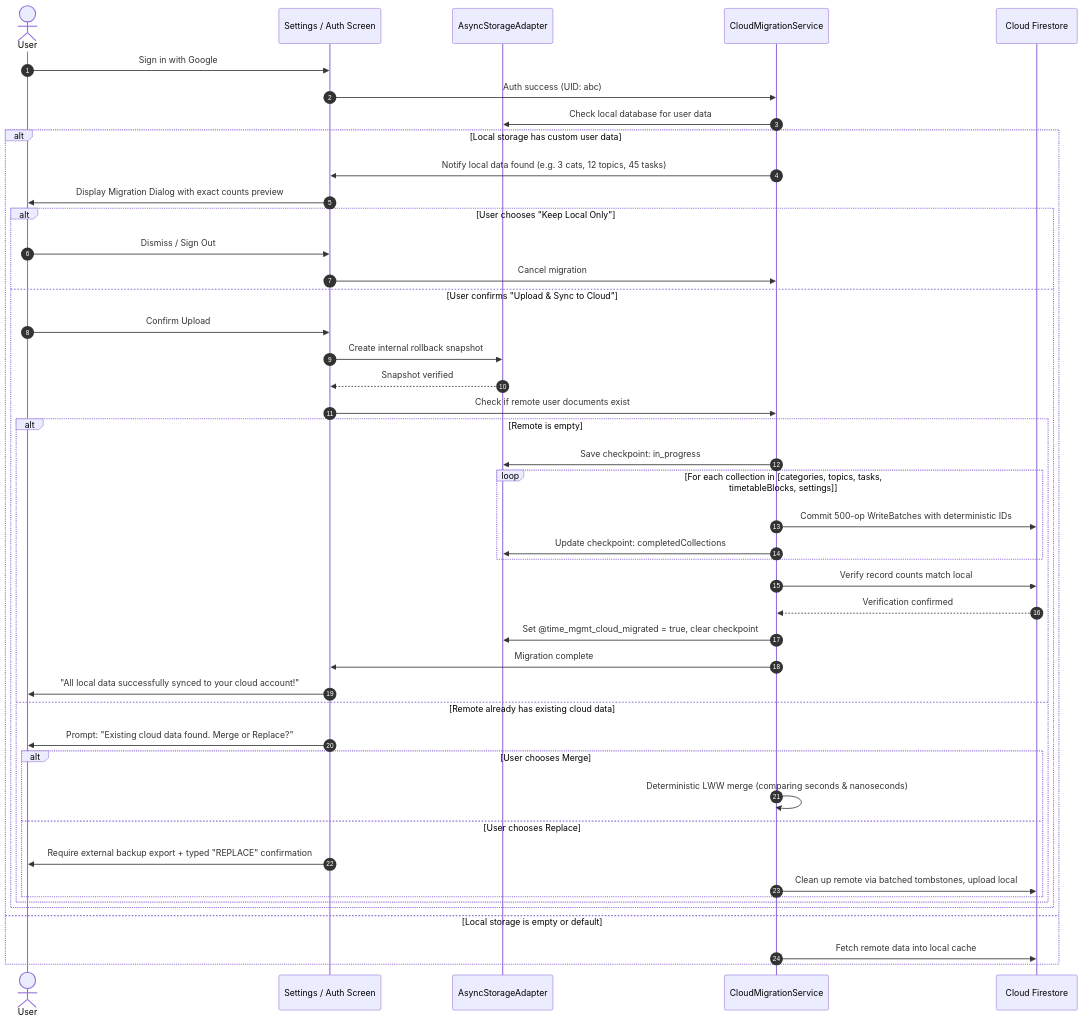
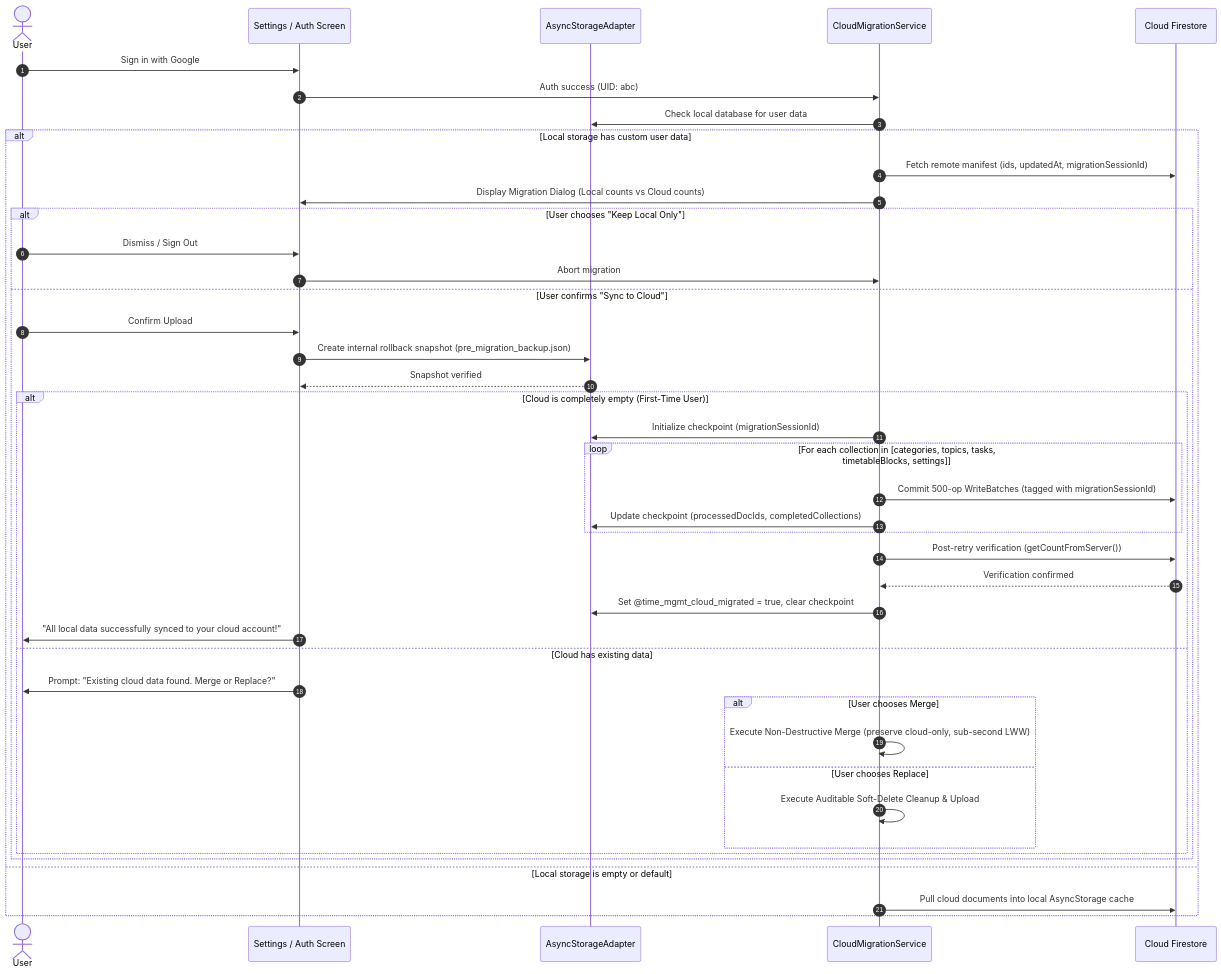
One commit to MelvinEmmanuelTheodore/Task-managment-app-or-website changed the second of 3 diagrams in MILESTONE_B_PLAN.md. Above: the diagram before and after it, drawn with Mermaid. The commit also changed other lines of this file, not shown here.

Commit message:
docs: revise MILESTONE_B_PLAN.md addressing ChatGPT review on rules, migration safety, merge, dependencies, and region

````diff
--- a/MILESTONE_B_PLAN.md
+++ b/MILESTONE_B_PLAN.md
@@ -289,48 +435,45 @@
 ```mermaid
 sequenceDiagram
     autonumber
     actor User
     participant UI as Settings / Auth Screen
     participant LocalStorage as AsyncStorageAdapter
-    participant MigrationService as CloudMigrationService
+    participant Migration as CloudMigrationService
     participant Firestore as Cloud Firestore
 
     User->>UI: Sign in with Google
-    UI->>MigrationService: Auth success (UID: abc)
-    MigrationService->>LocalStorage: Check local database for user data
+    UI->>Migration: Auth success (UID: abc)
+    Migration->>LocalStorage: Check local database for user data
     alt Local storage has custom user data
-        MigrationService->>UI: Notify local data found (e.g. 3 cats, 12 topics, 45 tasks)
-        UI->>User: Display Migration Dialog with exact counts preview
+        Migration->>Firestore: Fetch remote manifest (ids, updatedAt, migrationSessionId)
+        Migration->>UI: Display Migration Dialog (Local counts vs Cloud counts)
         alt User chooses "Keep Local Only"
             User->>UI: Dismiss / Sign Out
-            UI->>MigrationService: Cancel migration
-        else User confirms "Upload & Sync to Cloud"
+            UI->>Migration: Abort migration
+        else User confirms "Sync to Cloud"
             User->>UI: Confirm Upload
-            UI->>LocalStorage: Create internal rollback snapshot
+            UI->>LocalStorage: Create internal rollback snapshot (pre_migration_backup.json)
             LocalStorage-->>UI: Snapshot verified
-            UI->>MigrationService: Check if remote user documents exist
-            alt Remote is empty
-                MigrationService->>LocalStorage: Save checkpoint: in_progress
+            alt Cloud is completely empty (First-Time User)
+                Migration->>LocalStorage: Initialize checkpoint (migrationSessionId)
                 loop For each collection in [categories, topics, tasks, timetableBlocks, settings]
-                    MigrationService->>Firestore: Commit 500-op WriteBatches with deterministic IDs
-                    MigrationService->>LocalStorage: Update checkpoint: completedCollections
+                    Migration->>Firestore: Commit 500-op WriteBatches (tagged with migrationSessionId)
+                    Migration->>LocalStorage: Update checkpoint (processedDocIds, completedCollections)
                 end
-                MigrationService->>Firestore: Verify record counts match local
-                Firestore-->>MigrationService: Verification confirmed
-                MigrationService->>LocalStorage: Set @time_mgmt_cloud_migrated = true, clear checkpoint
-                MigrationService->>UI: Migration complete
+                Migration->>Firestore: Post-retry verification (getCountFromServer())
+                Firestore-->>Migration: Verification confirmed
+                Migration->>LocalStorage: Set @time_mgmt_cloud_migrated = true, clear checkpoint
                 UI->>User: "All local data successfully synced to your cloud account!"
-            else Remote already has existing cloud data
+            else Cloud has existing data
                 UI->>User: Prompt: "Existing cloud data found. Merge or Replace?"
                 alt User chooses Merge
-                    MigrationService->>MigrationService: Deterministic LWW merge (comparing seconds & nanoseconds)
+                    Migration->>Migration: Execute Non-Destructive Merge (preserve cloud-only, sub-second LWW)
                 else User chooses Replace
-                    UI->>User: Require external backup export + typed "REPLACE" confirmation
-                    MigrationService->>Firestore: Clean up remote via batched tombstones, upload local
+                    Migration->>Migration: Execute Auditable Soft-Delete Cleanup & Upload
                 end
             end
         end
     else Local storage is empty or default
-        MigrationService->>Firestore: Fetch remote data into local cache
+        Migration->>Firestore: Pull cloud documents into local AsyncStorage cache
     end
 ```
````
